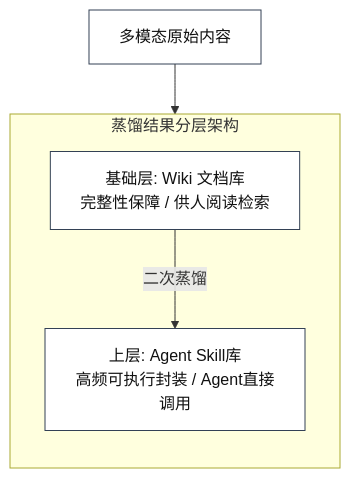
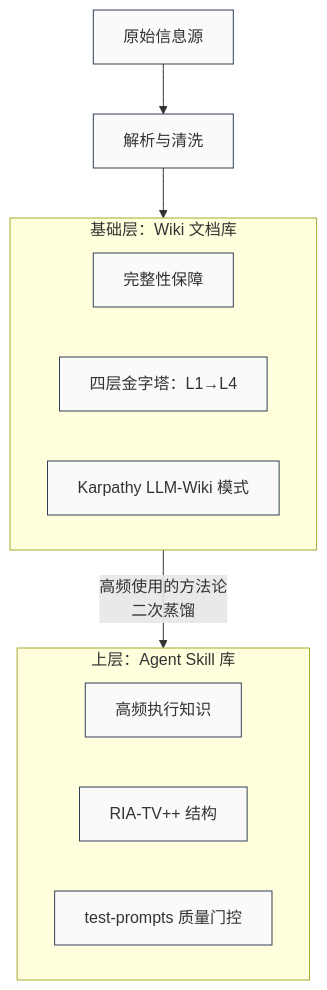
The third of 4 diagrams in docs/knowledge/01-framework.md (zjgulai/Kb2Agent), drawn with Mermaid before and after one commit. The commit also changed other lines of this file and 7 other files, not shown here.

Commit message:
feat: major iteration - rebuild framework/architecture, add e2e pipeline, kb-evolution, evaluation chapters with full production-grade code

````diff
--- a/docs/knowledge/01-framework.md
+++ b/docs/knowledge/01-framework.md
@@ -35,14 +146,22 @@
 ```mermaid
 flowchart TD
-    Raw[多模态原始内容] --> Layered
-    
-    subgraph Layered [蒸馏结果分层架构]
-        direction TB
-        Base[基础层: Wiki 文档库<br/>完整性保障 / 供人阅读检索]
-        Skill[上层: Agent Skill库<br/>高频可执行封装 / Agent直接调用]
-        Base -->|二次蒸馏| Skill
+    Raw[原始信息源] --> Parse[解析与清洗]
+    Parse --> Base
+
+    subgraph Base [基础层：Wiki 文档库]
+        B1[完整性保障]
+        B2[四层金字塔：L1→L4]
+        B3[Karpathy LLM-Wiki 模式]
     end
-    
-    classDef plain fill:#fff,stroke:#334155,stroke-width:1px,color:#111;
-    class Raw,Base,Skill plain;
+
+    subgraph Top [上层：Agent Skill 库]
+        T1[高频执行知识]
+        T2[RIA-TV++ 结构]
+        T3[test-prompts 质量门控]
+    end
+
+    Base -->|高频使用的方法论<br/>二次蒸馏| Top
+
+    classDef plain fill:#fafafa,stroke:#334155,stroke-width:1px;
+    class Raw,Parse,B1,B2,B3,T1,T2,T3 plain;
 ```
````
